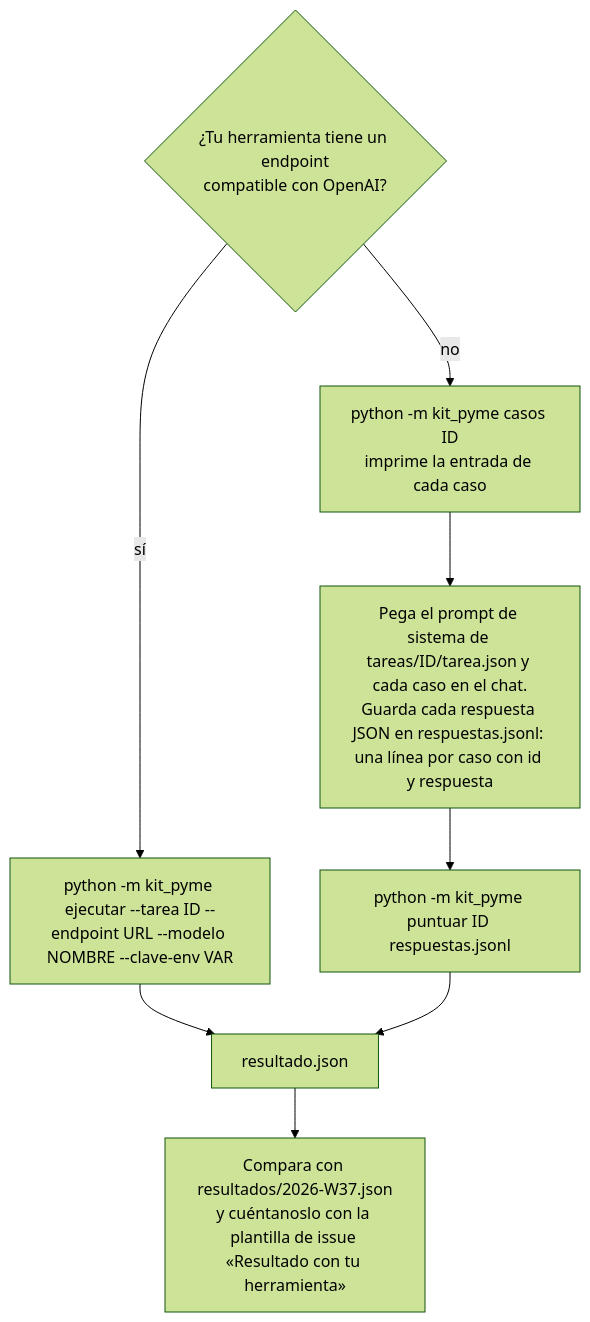
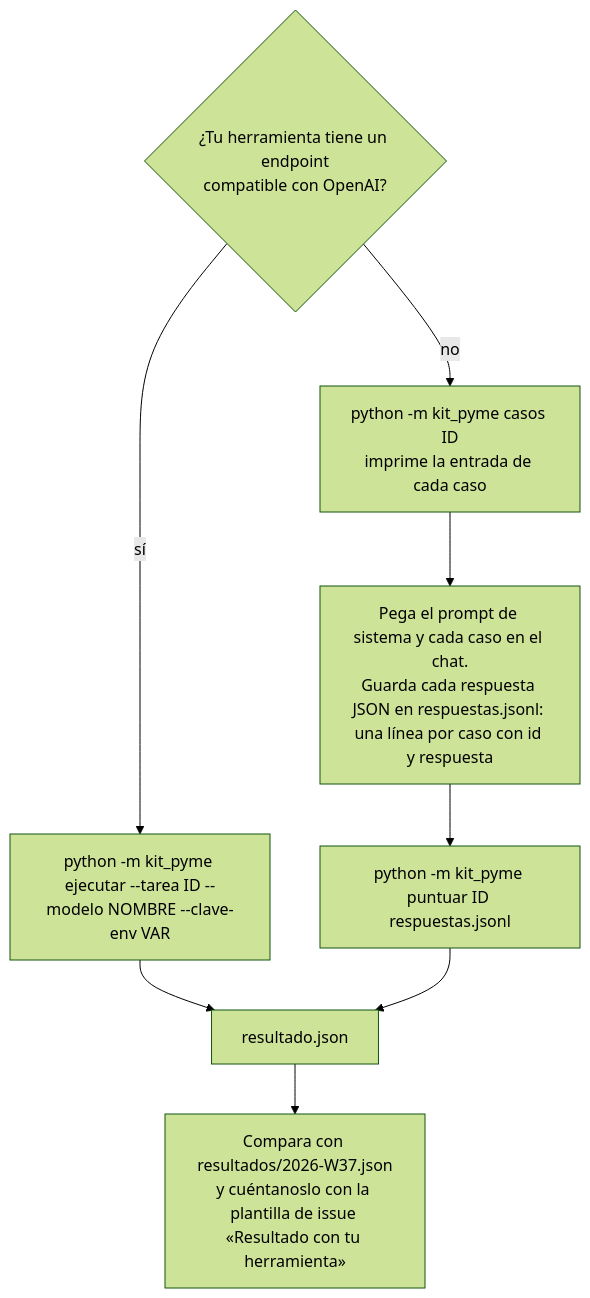
One commit to Bytenauta-Org/Kit_de_la_pyme changed the fifth of 6 diagrams in README.md. Above: the diagram before and after it, drawn with Mermaid (forest theme). The commit also changed other lines of this file and 28 other files, not shown here.

````diff
--- a/README.md
+++ b/README.md
@@ -150,11 +350,11 @@
 ```mermaid
 flowchart TD
   A{"¿Tu herramienta tiene un endpoint<br/>compatible con OpenAI?"}
-  A -->|sí| B["python -m kit_pyme ejecutar --tarea ID --endpoint URL --modelo NOMBRE --clave-env VAR"]
+  A -->|sí| B["python -m kit_pyme ejecutar --tarea ID --modelo NOMBRE --clave-env VAR"]
   A -->|no| C["python -m kit_pyme casos ID<br/>imprime la entrada de cada caso"]
-  C --> D["Pega el prompt de sistema de tareas/ID/tarea.json y cada caso en el chat.<br/>Guarda cada respuesta JSON en respuestas.jsonl: una línea por caso con id y respuesta"]
+  C --> D["Pega el prompt de sistema y cada caso en el chat.<br/>Guarda cada respuesta JSON en respuestas.jsonl: una línea por caso con id y respuesta"]
   D --> E["python -m kit_pyme puntuar ID respuestas.jsonl"]
   B --> F["resultado.json"]
   E --> F
   F --> G["Compara con resultados/2026-W37.json<br/>y cuéntanoslo con la plantilla de issue «Resultado con tu herramienta»"]
 ```
````
